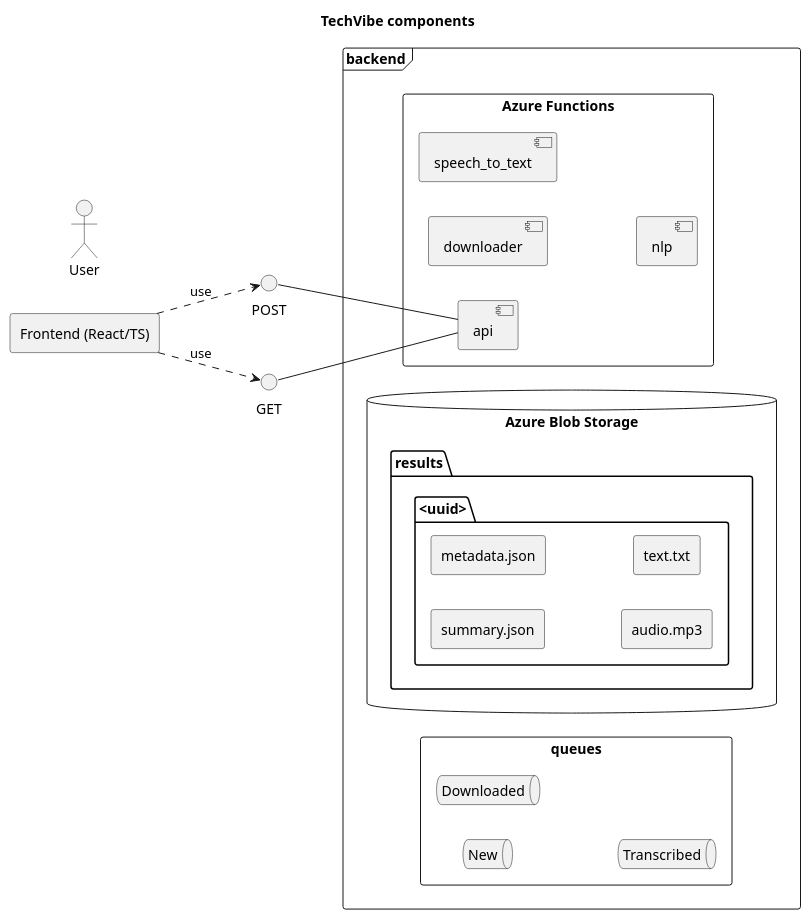
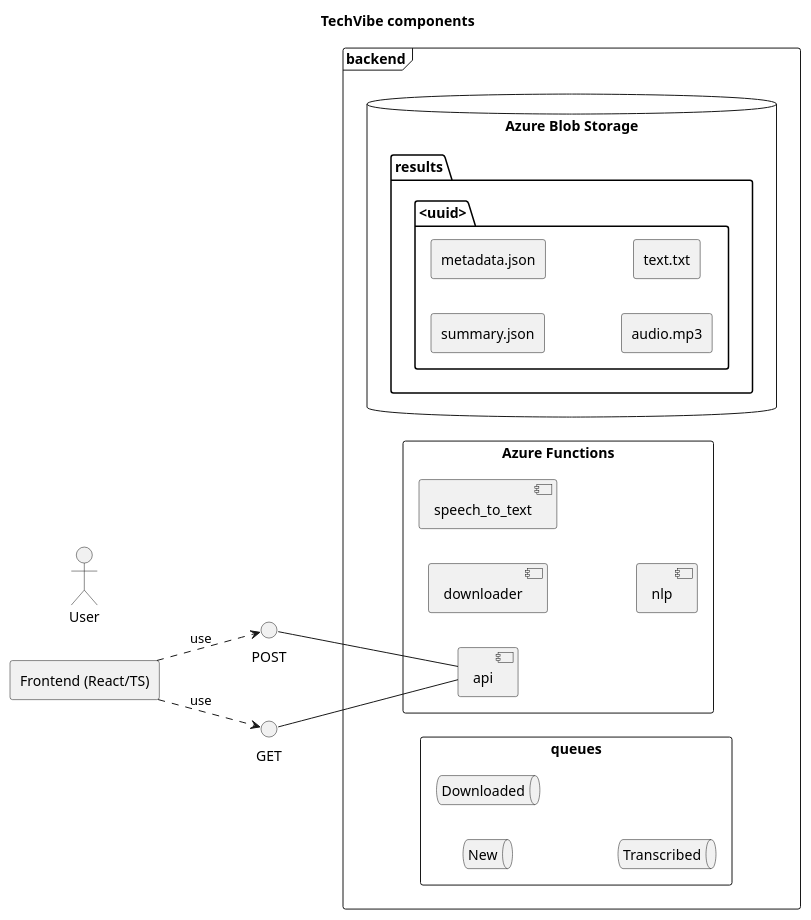
The diagram in docs/architecture.puml (Yehor-Kovalenko/TechVibe), drawn with PlantUML before and after one commit. The commit also changed other lines of this file and 6 other files, not shown here.

```diff
--- a/docs/architecture.puml
+++ b/docs/architecture.puml
@@ -1,44 +1,44 @@
 @startuml
 title TechVibe components
 left to right direction
 
 actor User
 
 rectangle "Frontend (React/TS)" as Frontend
 
 frame "backend" {
-rectangle "Azure Functions" as Functions {
-    component "api" as F0
-    component "downloader" as F1
-    component "speech_to_text" as F2
-    component "nlp" as F3
-}
-
 database "Azure Blob Storage" as Blob {
     folder "results" {
         folder "<uuid>" {
             rectangle summary.json
             rectangle metadata.json
             rectangle audio.mp3
             rectangle text.txt
         }
    }
+}
+
+rectangle "Azure Functions" as Functions {
+    component "api" as F0
+    component "downloader" as F1
+    component "speech_to_text" as F2
+    component "nlp" as F3
 }
 
 rectangle queues {
     queue "New" as SQ
     queue "Downloaded" as DQ
     queue "Transcribed" as TQ
 }
 }
 
 interface POST
 interface GET
 
 POST -down- [F0]
 GET -down- [F0]
 
 Frontend ..> POST: use
 Frontend ..> GET: use
 
 @enduml
```
